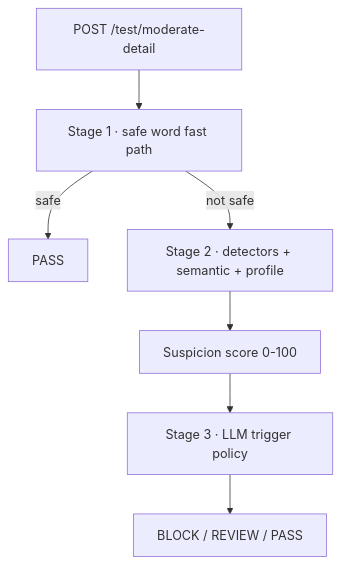
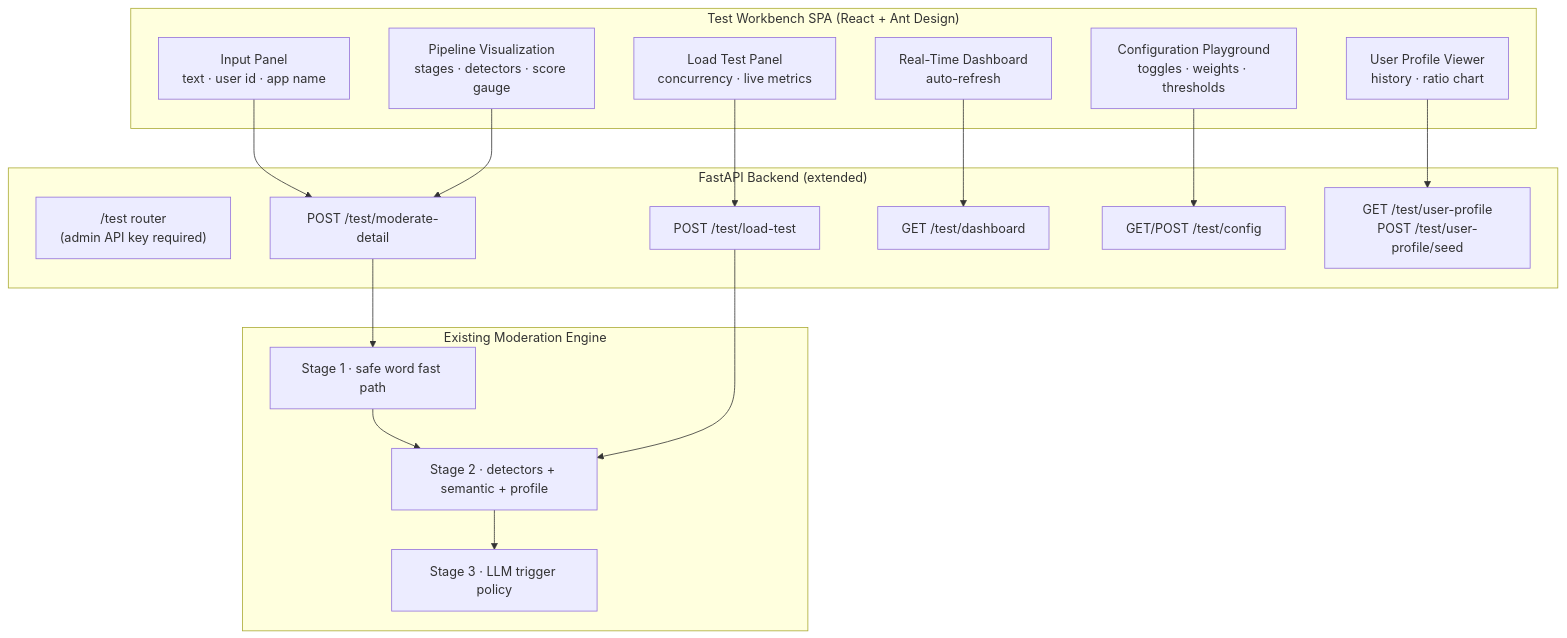
One commit to biszdevelopers/general-moderation changed the first of 3 diagrams in docs/guide/test-workbench.md. Above: the diagram before and after it, drawn with Mermaid. The commit also changed other lines of this file, not shown here.

First line of the commit message:
[DOCS] Expand the test workbench guide

````diff
--- a/docs/guide/test-workbench.md
+++ b/docs/guide/test-workbench.md
@@ -29,9 +49,32 @@
 ```mermaid
 flowchart TB
-    REQ["POST /test/moderate-detail"] --> S1["Stage 1 · safe word fast path"]
-    S1 -- safe --> PASS["PASS"]
-    S1 -- not safe --> S2["Stage 2 · detectors + semantic + profile"]
-    S2 --> SCORE["Suspicion score 0-100"]
-    SCORE --> S3["Stage 3 · LLM trigger policy"]
-    S3 --> VERDICT["BLOCK / REVIEW / PASS"]
+    subgraph Browser["Test Workbench SPA (React + Ant Design)"]
+        IN["Input Panel<br/>text · user id · app name"]
+        PV["Pipeline Visualization<br/>stages · detectors · score gauge"]
+        LT["Load Test Panel<br/>concurrency · live metrics"]
+        CF["Configuration Playground<br/>toggles · weights · thresholds"]
+        UP["User Profile Viewer<br/>history · ratio chart"]
+        DB["Real-Time Dashboard<br/>auto-refresh"]
+    end
+    subgraph Backend["FastAPI Backend (extended)"]
+        R["/test router<br/>(admin API key required)"]
+        MD["POST /test/moderate-detail"]
+        LOAD["POST /test/load-test"]
+        DASH["GET /test/dashboard"]
+        CFG["GET/POST /test/config"]
+        PROF["GET /test/user-profile<br/>POST /test/user-profile/seed"]
+    end
+    subgraph Engine["Existing Moderation Engine"]
+        S1["Stage 1 · safe word fast path"]
+        S2["Stage 2 · detectors + semantic + profile"]
+        S3["Stage 3 · LLM trigger policy"]
+    end
+    IN --> MD
+    PV --> MD
+    LT --> LOAD
+    DB --> DASH
+    CF --> CFG
+    UP --> PROF
+    MD --> S1 --> S2 --> S3
+    LOAD --> S2
 ```
````
